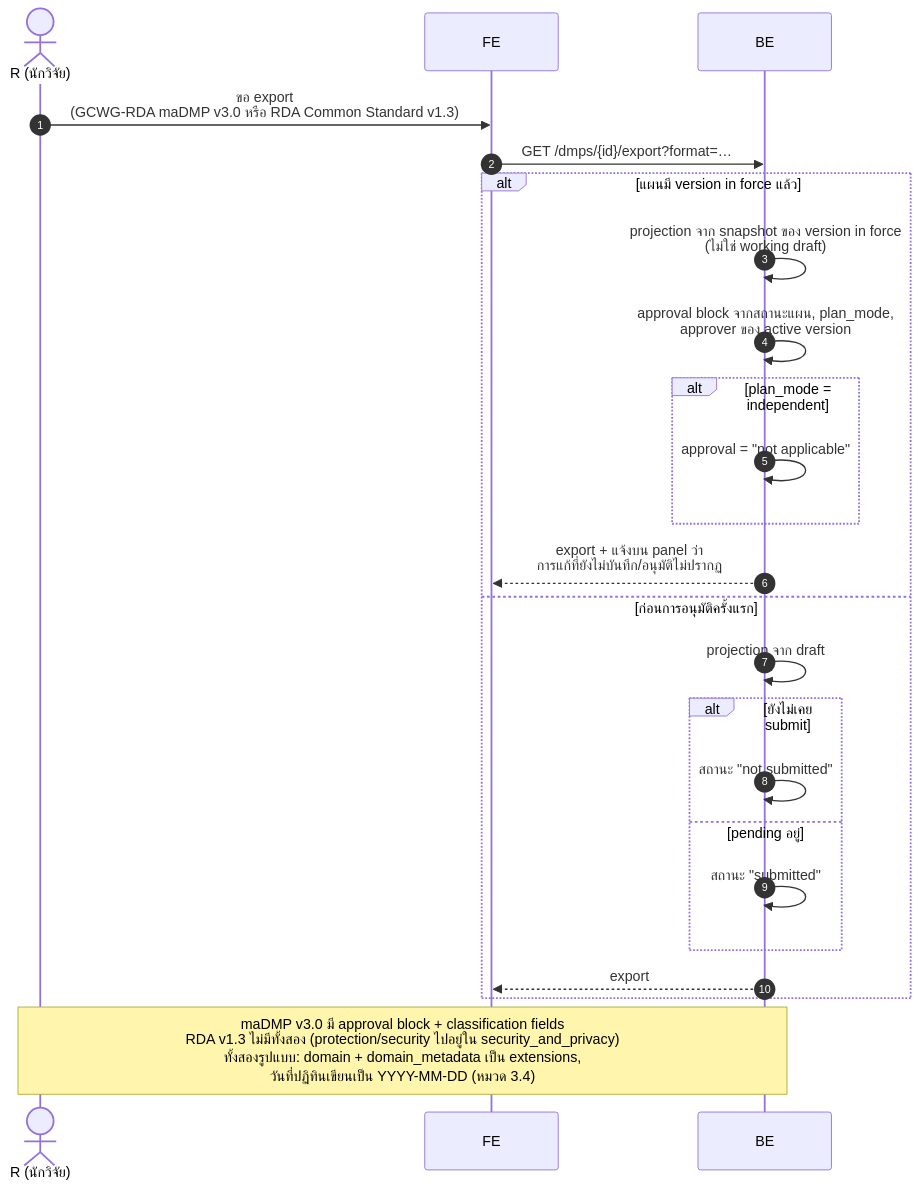
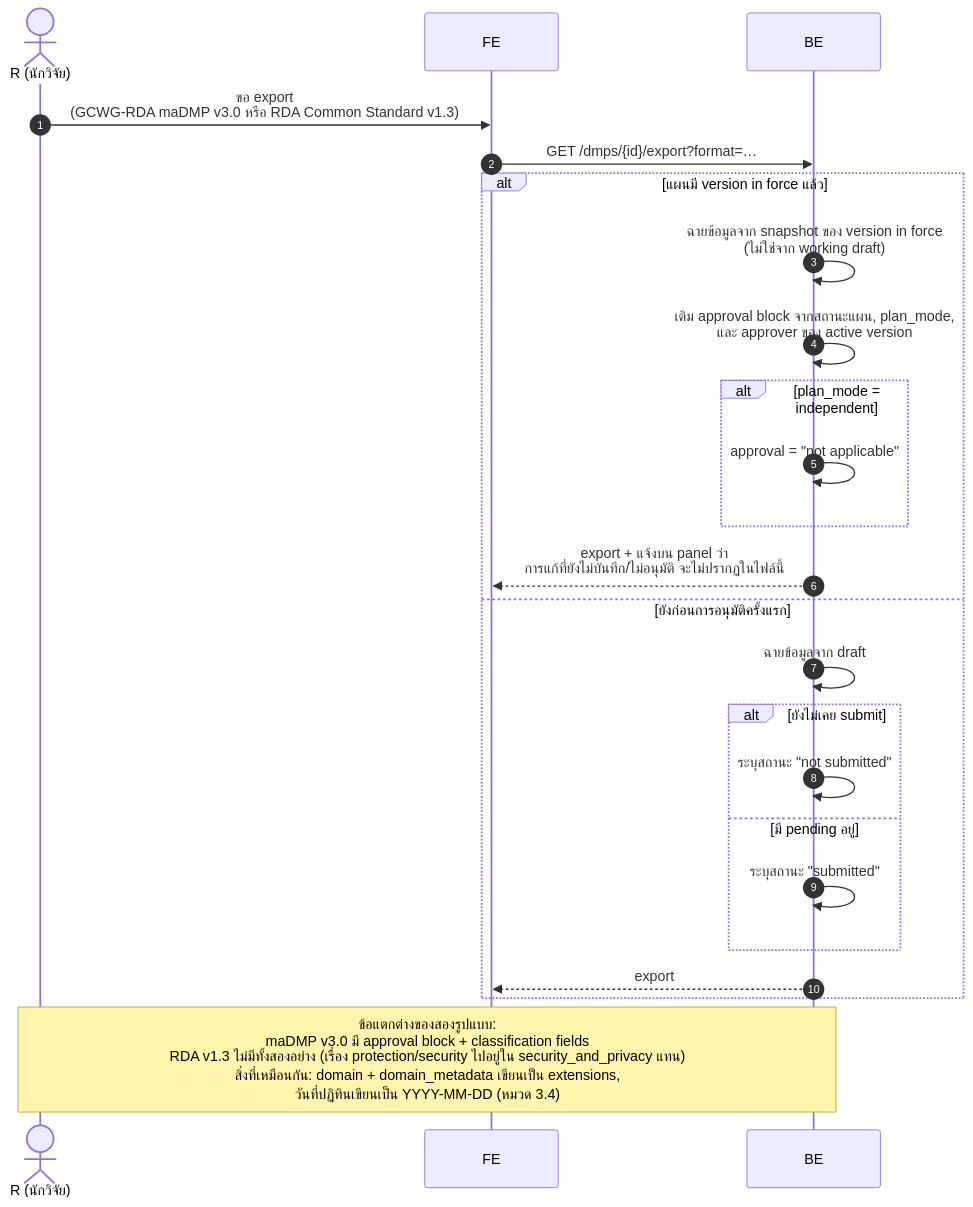
One commit to Open-Science-and-Data-management/Backend changed diagram 14 of 14 in docs/architecture/sequence-diagrams.md. Above: the diagram before and after it, drawn with Mermaid. The commit also changed other lines of this file and 15 other files, not shown here.

````diff
--- a/docs/architecture/sequence-diagrams.md
+++ b/docs/architecture/sequence-diagrams.md
@@ -495,27 +539,27 @@
 ```mermaid
 sequenceDiagram
     autonumber
     actor R as R (นักวิจัย)
     participant FE as FE
     participant BE as BE
 
     R->>FE: ขอ export<br/>(GCWG-RDA maDMP v3.0 หรือ RDA Common Standard v1.3)
     FE->>BE: GET /dmps/{id}/export?format=…
     alt แผนมี version in force แล้ว
-        BE->>BE: projection จาก snapshot ของ version in force<br/>(ไม่ใช่ working draft)
-        BE->>BE: approval block จากสถานะแผน, plan_mode,<br/>approver ของ active version
+        BE->>BE: ฉายข้อมูลจาก snapshot ของ version in force<br/>(ไม่ใช่จาก working draft)
+        BE->>BE: เติม approval block จากสถานะแผน, plan_mode,<br/>และ approver ของ active version
         alt plan_mode = independent
             BE->>BE: approval = "not applicable"
         end
-        BE-->>FE: export + แจ้งบน panel ว่า<br/>การแก้ที่ยังไม่บันทึก/อนุมัติไม่ปรากฏ
-    else ก่อนการอนุมัติครั้งแรก
-        BE->>BE: projection จาก draft
+        BE-->>FE: export + แจ้งบน panel ว่า<br/>การแก้ที่ยังไม่บันทึก/ไม่อนุมัติ จะไม่ปรากฏในไฟล์นี้
+    else ยังก่อนการอนุมัติครั้งแรก
+        BE->>BE: ฉายข้อมูลจาก draft
         alt ยังไม่เคย submit
-            BE->>BE: สถานะ "not submitted"
-        else pending อยู่
-            BE->>BE: สถานะ "submitted"
+            BE->>BE: ระบุสถานะ "not submitted"
+        else มี pending อยู่
+            BE->>BE: ระบุสถานะ "submitted"
         end
         BE-->>FE: export
     end
-    Note over R,BE: maDMP v3.0 มี approval block + classification fields<br/>RDA v1.3 ไม่มีทั้งสอง (protection/security ไปอยู่ใน security_and_privacy)<br/>ทั้งสองรูปแบบ: domain + domain_metadata เป็น extensions,<br/>วันที่ปฏิทินเขียนเป็น YYYY-MM-DD (หมวด 3.4)
+    Note over R,BE: ข้อแตกต่างของสองรูปแบบ:<br/>maDMP v3.0 มี approval block + classification fields<br/>RDA v1.3 ไม่มีทั้งสองอย่าง (เรื่อง protection/security ไปอยู่ใน security_and_privacy แทน)<br/>สิ่งที่เหมือนกัน: domain + domain_metadata เขียนเป็น extensions,<br/>วันที่ปฏิทินเขียนเป็น YYYY-MM-DD (หมวด 3.4)
 ```
````
